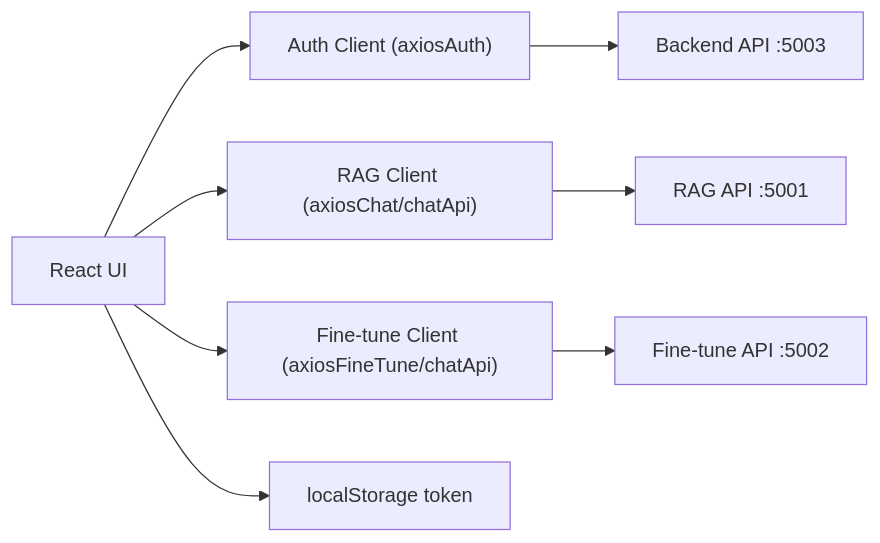
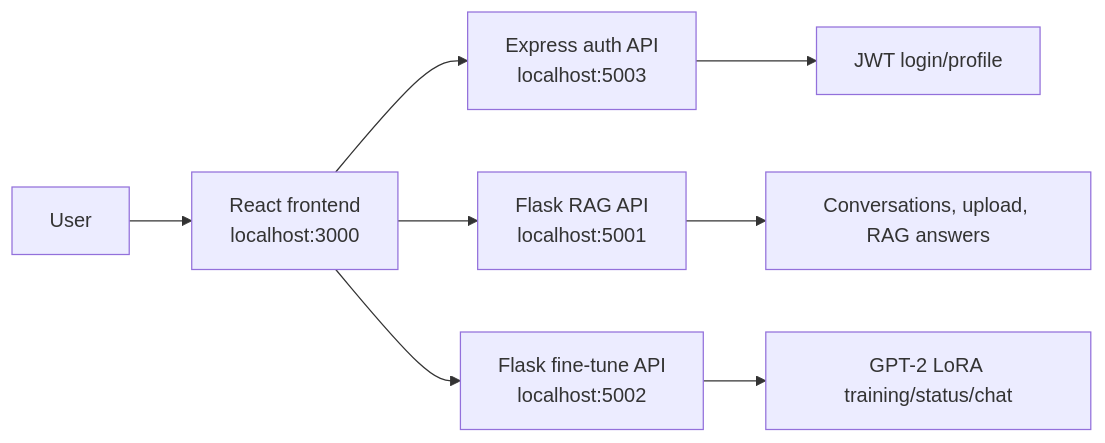
One commit to haseebraza715/EngageMind changed the diagram in engagemind-frontend/ARCHITECTURE.md. Above: the diagram before and after it, drawn with Mermaid. The commit also changed other lines of this file and 2 other files, not shown here.

Commit message:
fix: improve chat intent handling

````diff
--- a/engagemind-frontend/ARCHITECTURE.md
+++ b/engagemind-frontend/ARCHITECTURE.md
@@ -20,16 +18,11 @@
 ```mermaid
 flowchart LR
-  UI["React UI"]
-  AUTH["Auth Client (axiosAuth)"]
-  CHAT["RAG Client (axiosChat/chatApi)"]
-  FT["Fine-tune Client (axiosFineTune/chatApi)"]
-  LS["localStorage token"]
+  U["User"] --> FE["React frontend<br/>localhost:3000"]
+  FE --> AUTH["Express auth API<br/>localhost:5003"]
+  FE --> RAG["Flask RAG API<br/>localhost:5001"]
+  FE --> FT["Flask fine-tune API<br/>localhost:5002"]
 
-  UI --> LS
-  UI --> AUTH
-  UI --> CHAT
-  UI --> FT
-  AUTH --> BE["Backend API :5003"]
-  CHAT --> RAG["RAG API :5001"]
-  FT --> FTA["Fine-tune API :5002"]
+  AUTH --> JWT["JWT login/profile"]
+  RAG --> CHAT["Conversations, upload, RAG answers"]
+  FT --> TRAIN["GPT-2 LoRA training/status/chat"]
 ```
````
